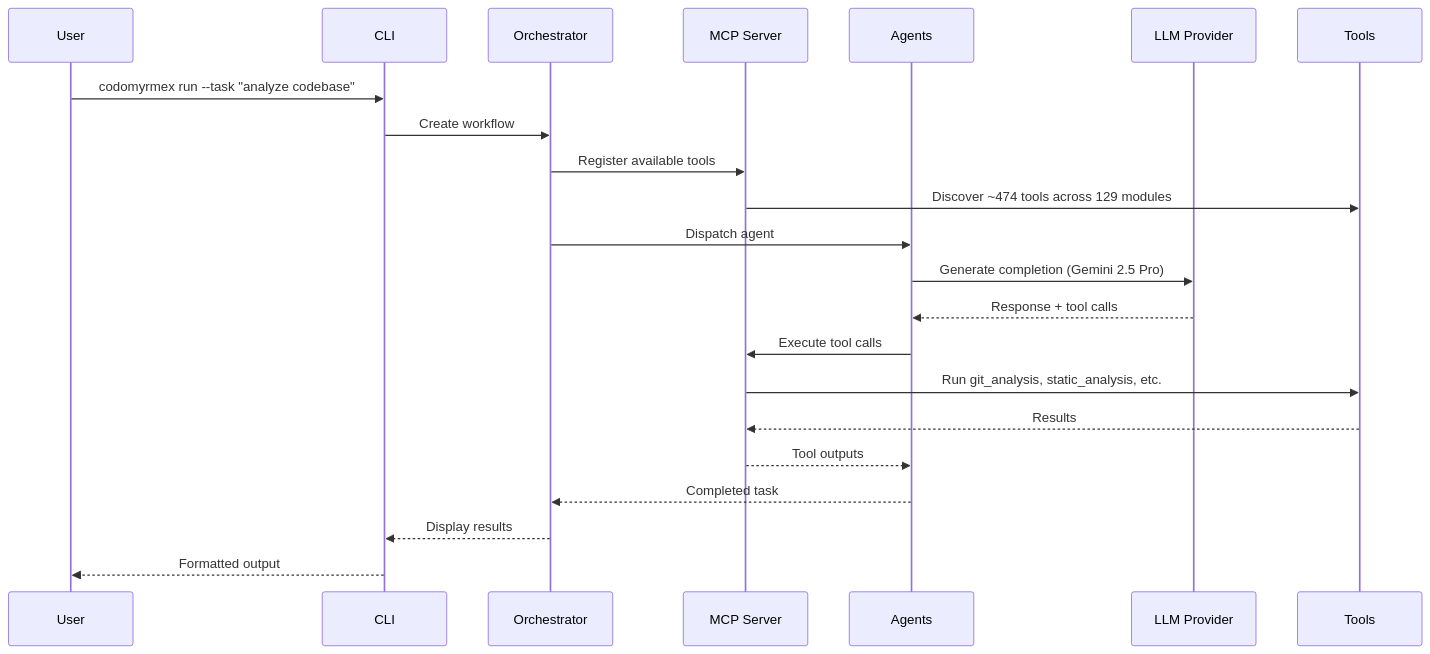
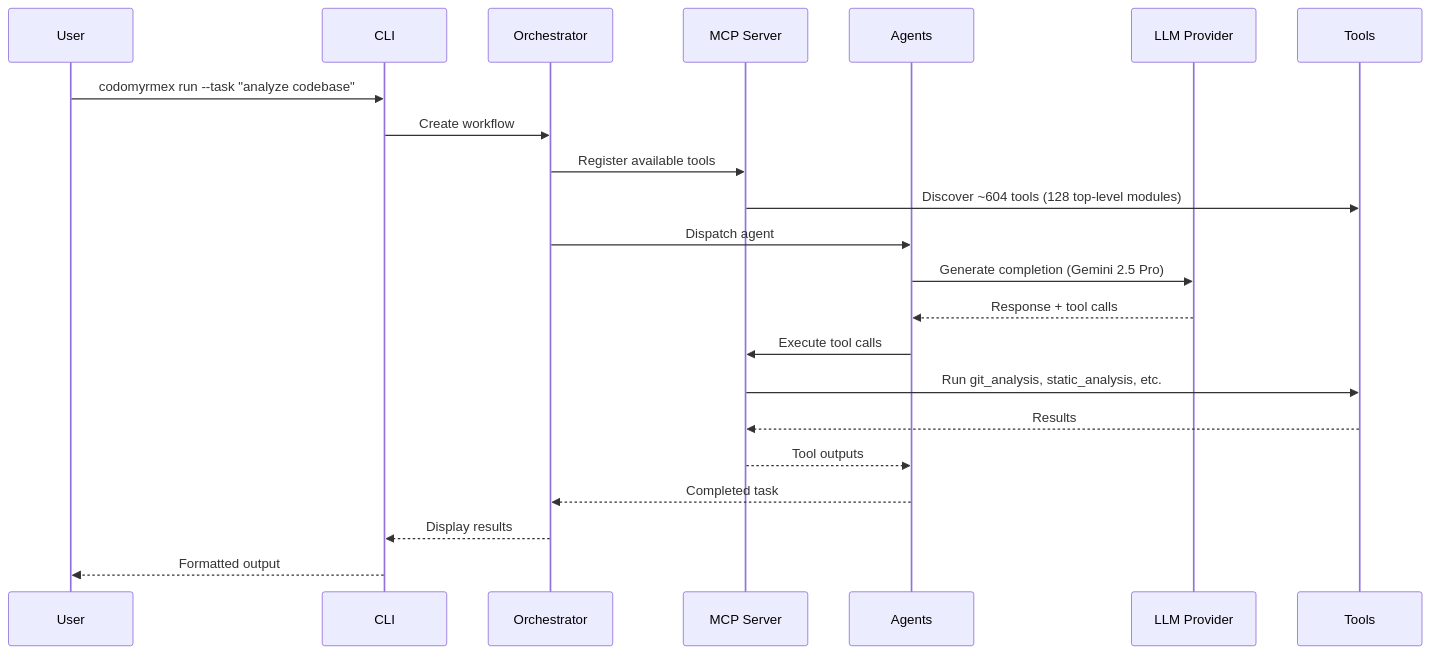
One commit to docxology/codomyrmex changed the third of 7 diagrams in .github/README.md. Above: the diagram before and after it, drawn with Mermaid. The commit also changed other lines of this file and 91 other files, not shown here.

````diff
--- a/.github/README.md
+++ b/.github/README.md
@@ -473,25 +473,25 @@
 ```mermaid
 sequenceDiagram
     participant User
     participant CLI
     participant Orchestrator
     participant MCP as MCP Server
     participant Agents
     participant LLM as LLM Provider
     participant Tools
 
     User->>CLI: codomyrmex run --task "analyze codebase"
     CLI->>Orchestrator: Create workflow
     Orchestrator->>MCP: Register available tools
-    MCP->>Tools: Discover ~474 tools across 129 modules
+    MCP->>Tools: Discover ~604 tools (128 top-level modules)
     Orchestrator->>Agents: Dispatch agent
     Agents->>LLM: Generate completion (Gemini 2.5 Pro)
     LLM-->>Agents: Response + tool calls
     Agents->>MCP: Execute tool calls
     MCP->>Tools: Run git_analysis, static_analysis, etc.
     Tools-->>MCP: Results
     MCP-->>Agents: Tool outputs
     Agents-->>Orchestrator: Completed task
     Orchestrator-->>CLI: Display results
     CLI-->>User: Formatted output
 ```
````
